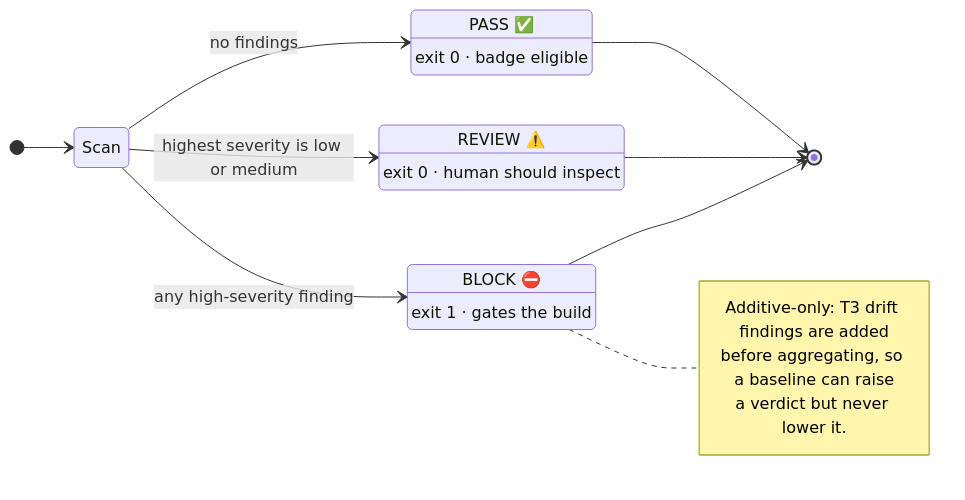
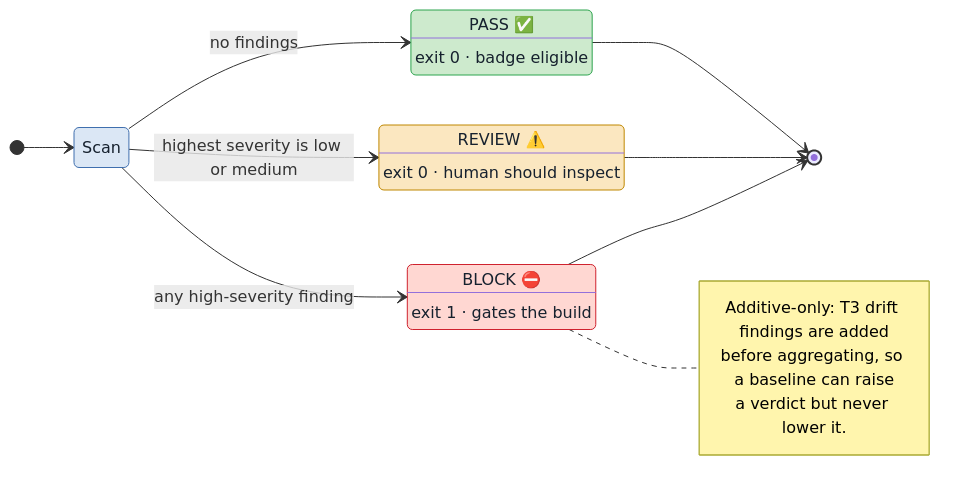
The diagram in doc/guide/diagrams/verdict-model.mmd (whatbirdisthat/exosphere), drawn with Mermaid before and after one commit. The commit also changed 23 other files, not shown here.

First line of the commit message:
🎨 docs(diagrams): semantic colour-coding + fix oversized README headline

```diff
--- a/doc/guide/diagrams/verdict-model.mmd
+++ b/doc/guide/diagrams/verdict-model.mmd
@@ -1,25 +1,35 @@
 %% The verdict is the single highest severity among all findings. Only BLOCK gates CI.
+%% Colour key (traffic light): green = PASS · amber = REVIEW · red = BLOCK · blue = the scan.
 %% Source: src/core/verdict.ts
 stateDiagram-v2
     direction LR
     [*] --> Scan
     Scan --> PASS: no findings
     Scan --> REVIEW: highest severity is low or medium
     Scan --> BLOCK: any high-severity finding
 
     PASS: PASS ✅
     PASS: exit 0 · badge eligible
     REVIEW: REVIEW ⚠️
     REVIEW: exit 0 · human should inspect
     BLOCK: BLOCK ⛔
     BLOCK: exit 1 · gates the build
 
     PASS --> [*]
     REVIEW --> [*]
     BLOCK --> [*]
 
+    classDef scan fill:#dbe7f5,stroke:#3f6fae,color:#16212e;
+    classDef pass fill:#cdeacd,stroke:#2da44e,color:#16212e;
+    classDef review fill:#fbe7c0,stroke:#bf8700,color:#16212e;
+    classDef block fill:#ffd7d2,stroke:#cf222e,color:#16212e;
+    class Scan scan
+    class PASS pass
+    class REVIEW review
+    class BLOCK block
+
     note right of BLOCK
       Additive-only: T3 drift findings are added
       before aggregating, so a baseline can raise
       a verdict but never lower it.
     end note
```
